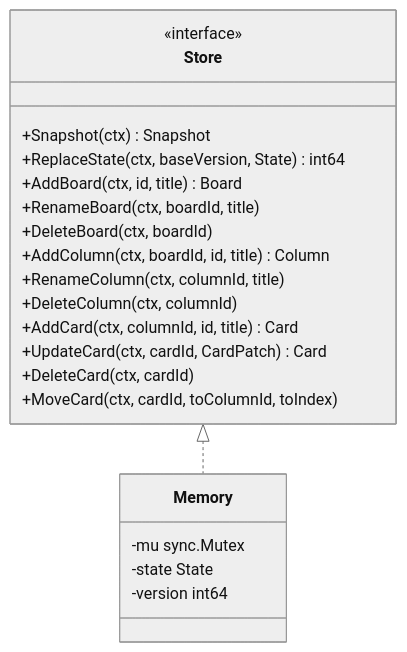
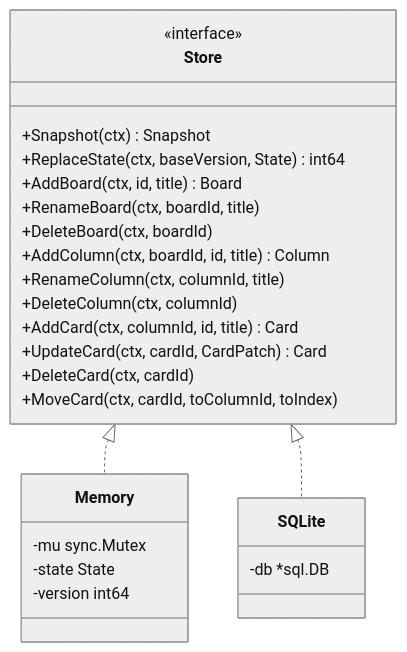
Diagram 14 of 16 in docs/architecture.md (0quasarquantum0/Kanban_Vue), drawn with Mermaid (neutral theme) before and after one commit. The commit also changed other lines of this file and 9 other files, not shown here.

````diff
--- a/docs/architecture.md
+++ b/docs/architecture.md
@@ -378,24 +379,28 @@
 ```mermaid
 classDiagram
   class Store {
     <<interface>>
     +Snapshot(ctx) Snapshot
     +ReplaceState(ctx, baseVersion, State) int64
     +AddBoard(ctx, id, title) Board
     +RenameBoard(ctx, boardId, title)
     +DeleteBoard(ctx, boardId)
     +AddColumn(ctx, boardId, id, title) Column
     +RenameColumn(ctx, columnId, title)
     +DeleteColumn(ctx, columnId)
     +AddCard(ctx, columnId, id, title) Card
     +UpdateCard(ctx, cardId, CardPatch) Card
     +DeleteCard(ctx, cardId)
     +MoveCard(ctx, cardId, toColumnId, toIndex)
   }
   class Memory {
     -mu sync.Mutex
     -state State
     -version int64
   }
+  class SQLite {
+    -db *sql.DB
+  }
   Store <|.. Memory
+  Store <|.. SQLite
 ```
````
